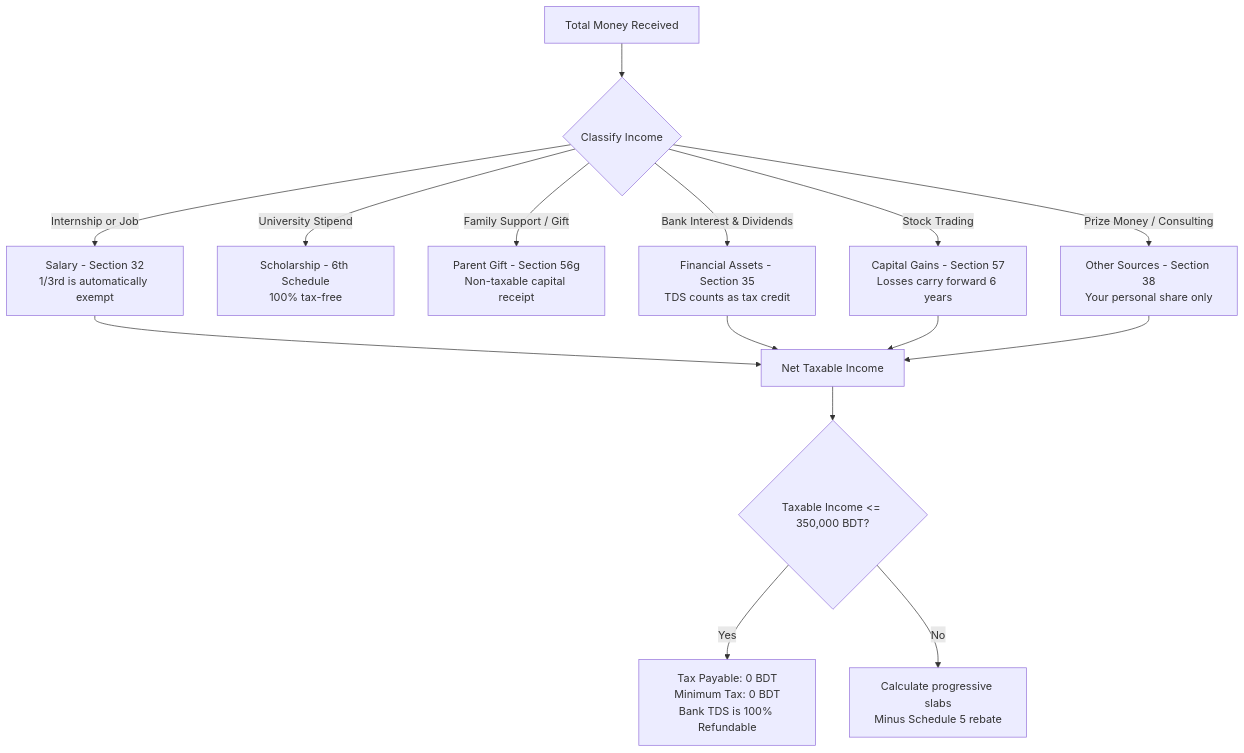
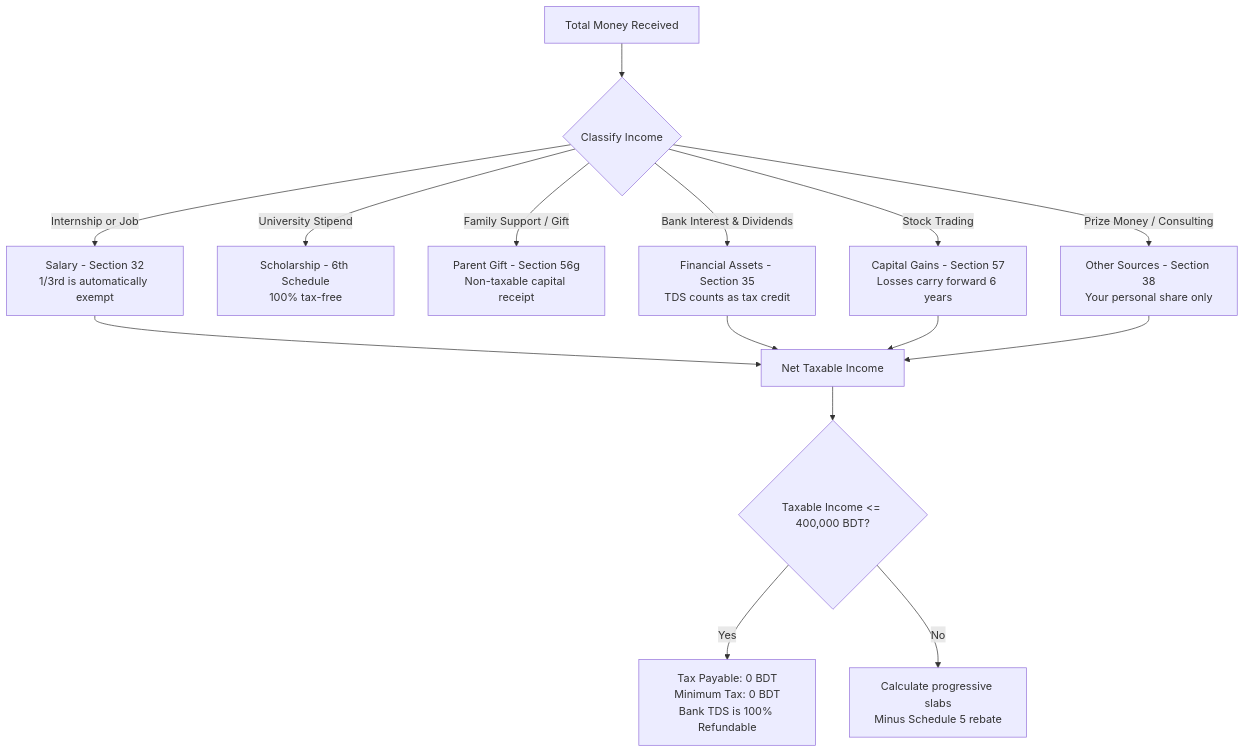
Before and after one commit to zaifears/youth-tax-calculator: the first of 2 diagrams in README.md, drawn with Mermaid. The commit also changed other lines of this file and 4 other files, not shown here.

````diff
--- a/README.md
+++ b/README.md
@@ -41,17 +41,17 @@
 ```mermaid
 flowchart TD
     Inflow[Total Money Received] --> Type{Classify Income}
     
     Type -->|Internship or Job| Sal[Salary - Section 32<br>1/3rd is automatically exempt]
     Type -->|University Stipend| Stp[Scholarship - 6th Schedule<br>100% tax-free]
     Type -->|Family Support / Gift| Gift[Parent Gift - Section 56g<br>Non-taxable capital receipt]
     Type -->|Bank Interest & Dividends| Fin[Financial Assets - Section 35<br>TDS counts as tax credit]
     Type -->|Stock Trading| Cap[Capital Gains - Section 57<br>Losses carry forward 6 years]
     Type -->|Prize Money / Consulting| Oth[Other Sources - Section 38<br>Your personal share only]
 
     Sal & Fin & Cap & Oth --> NetTaxable[Net Taxable Income]
     
-    NetTaxable --> Check{Taxable Income <= 350,000 BDT?}
+    NetTaxable --> Check{Taxable Income <= 400,000 BDT?}
     Check -->|Yes| Zero[Tax Payable: 0 BDT<br>Minimum Tax: 0 BDT<br>Bank TDS is 100% Refundable]
     Check -->|No| Slabs[Calculate progressive slabs<br>Minus Schedule 5 rebate]
 ```
````
